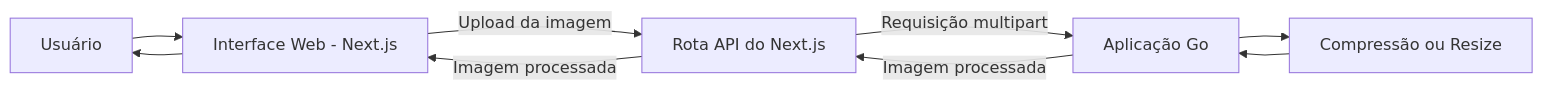
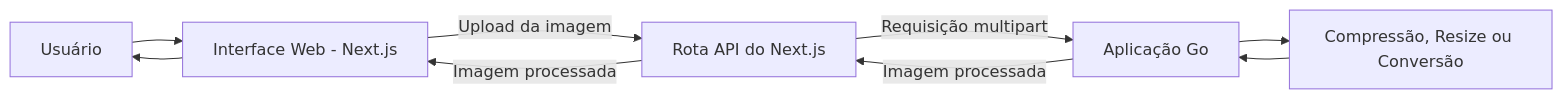
One commit to juniocr26/go-image-optimizer changed the diagram in README.pt-BR.md. Above: the diagram before and after it, drawn with Mermaid. The commit also changed other lines of this file and 15 other files, not shown here.

````diff
--- a/README.pt-BR.md
+++ b/README.pt-BR.md
@@ -61,11 +62,11 @@
 ```mermaid
 flowchart LR
     U[Usuário] --> F[Interface Web - Next.js]
     F -->|Upload da imagem| N[Rota API do Next.js]
     N -->|Requisição multipart| API[Aplicação Go]
-    API --> C[Compressão ou Resize]
+    API --> C[Compressão, Resize ou Conversão]
     C --> API
     API -->|Imagem processada| N
     N -->|Imagem processada| F
     F --> U
 ```
````
